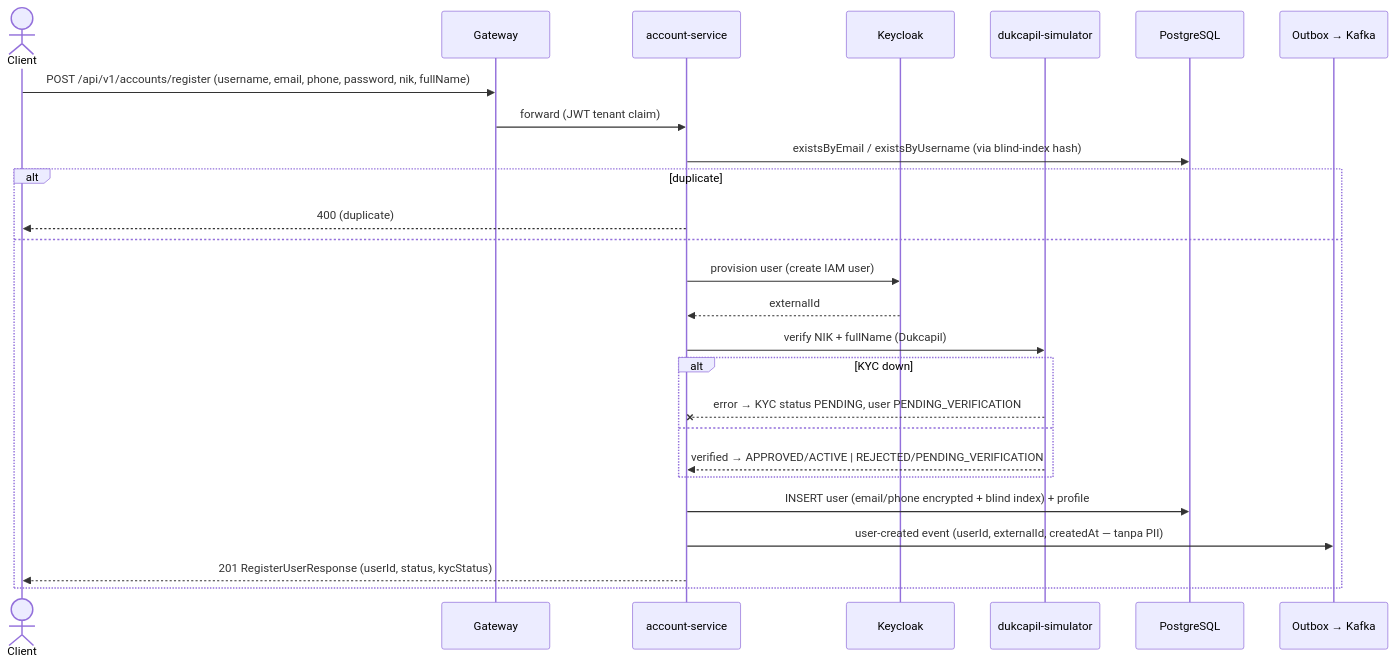
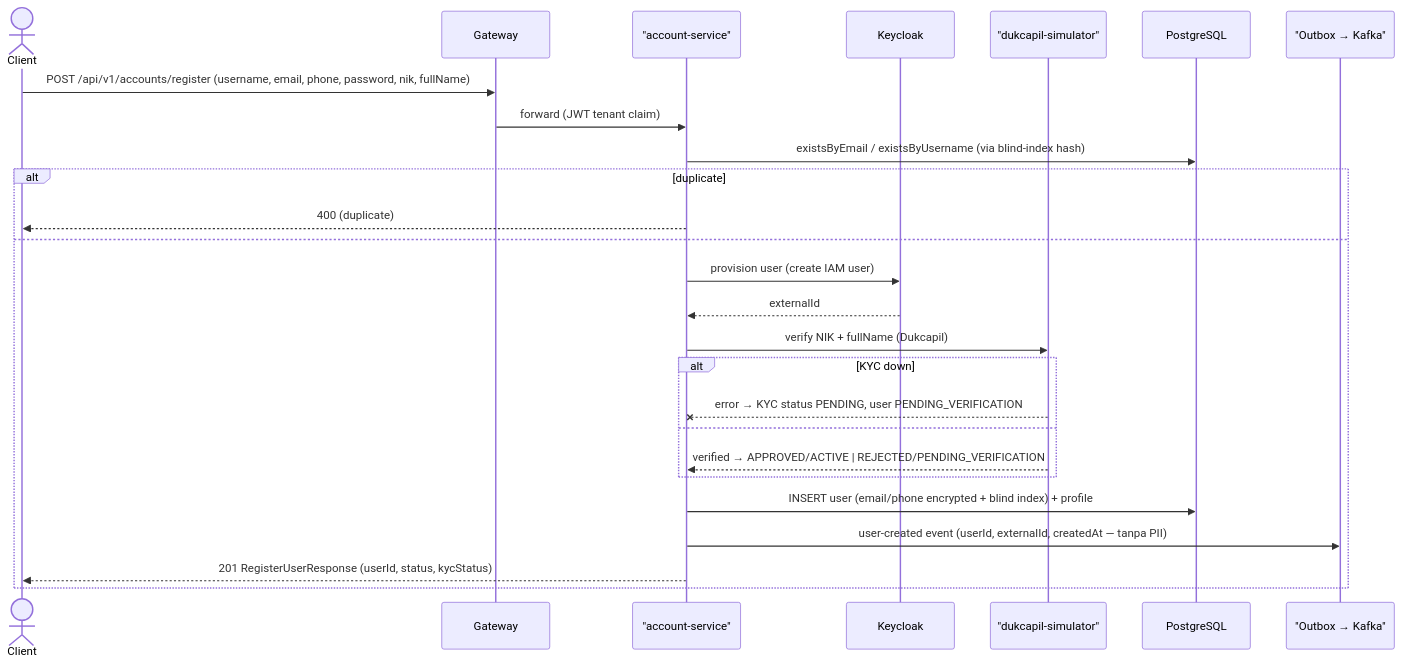
One commit to fajjarnr/payu changed the first of 51 diagrams in docs/product/FLOWS.md. Above: the diagram before and after it, drawn with Mermaid. The commit also changed other lines of this file, not shown here.

First line of the commit message:
fix(flows): mermaid render — quoted aliases, #59; semicolons, %% comments

````diff
--- a/docs/product/FLOWS.md
+++ b/docs/product/FLOWS.md
@@ -10,29 +10,29 @@
 ```mermaid
 sequenceDiagram
     actor C as Client
     participant G as Gateway
-    participant AC as account-service
+    participant AC as "account-service"
     participant KC as Keycloak
-    participant DK as dukcapil-simulator
+    participant DK as "dukcapil-simulator"
     participant DB as PostgreSQL
-    participant OB as Outbox → Kafka
+    participant OB as "Outbox → Kafka"
 
     C->>G: POST /api/v1/accounts/register (username, email, phone, password, nik, fullName)
     G->>AC: forward (JWT tenant claim)
     AC->>DB: existsByEmail / existsByUsername (via blind-index hash)
     alt duplicate
         AC-->>C: 400 (duplicate)
     else
         AC->>KC: provision user (create IAM user)
         KC-->>AC: externalId
         AC->>DK: verify NIK + fullName (Dukcapil)
         alt KYC down
             DK--xAC: error → KYC status PENDING, user PENDING_VERIFICATION
         else
             DK-->>AC: verified → APPROVED/ACTIVE | REJECTED/PENDING_VERIFICATION
         end
         AC->>DB: INSERT user (email/phone encrypted + blind index) + profile
         AC->>OB: user-created event (userId, externalId, createdAt — tanpa PII)
         AC-->>C: 201 RegisterUserResponse (userId, status, kycStatus)
     end
 ```
````
